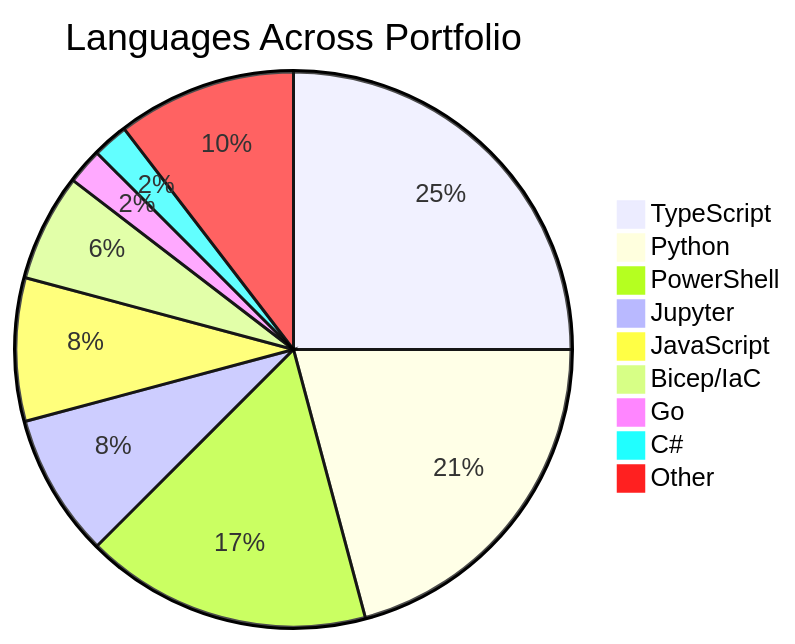
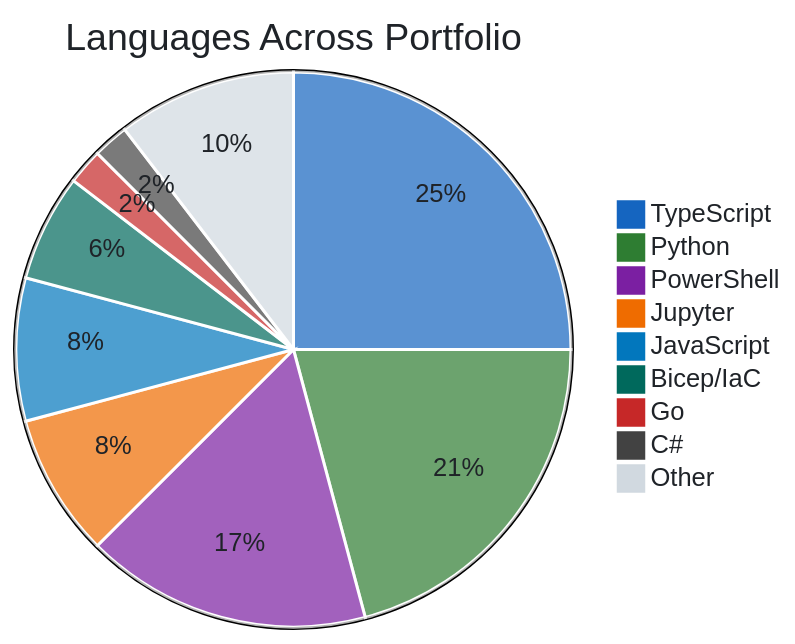
Before and after one commit to fabioc-aloha/Alex_Plug_In: diagram 17 of 17 in alex_docs/AI-ASSISTED-DEVELOPMENT-METHODOLOGY.md, drawn with Mermaid. The commit also changed other lines of this file, not shown here.

First line of the commit message:
style: polish Mermaid diagrams with GitHub-compatible color scheme

````diff
--- a/alex_docs/AI-ASSISTED-DEVELOPMENT-METHODOLOGY.md
+++ b/alex_docs/AI-ASSISTED-DEVELOPMENT-METHODOLOGY.md
@@ -1265,12 +1267,13 @@
 ```mermaid
+%%{init: {'theme': 'base', 'themeVariables': { 'primaryColor': '#e3f2fd', 'primaryTextColor': '#1f2328', 'pie1': '#1565c0', 'pie2': '#2e7d32', 'pie3': '#7b1fa2', 'pie4': '#ef6c00', 'pie5': '#0277bd', 'pie6': '#00695c', 'pie7': '#c62828', 'pie8': '#424242', 'pie9': '#d1d9e0', 'pieStrokeColor': '#ffffff', 'pieStrokeWidth': '2px'}}}%%
 pie title Languages Across Portfolio
     "TypeScript" : 12
     "Python" : 10
     "PowerShell" : 8
     "Jupyter" : 4
     "JavaScript" : 4
     "Bicep/IaC" : 3
     "Go" : 1
     "C#" : 1
     "Other" : 5
 ```
````
